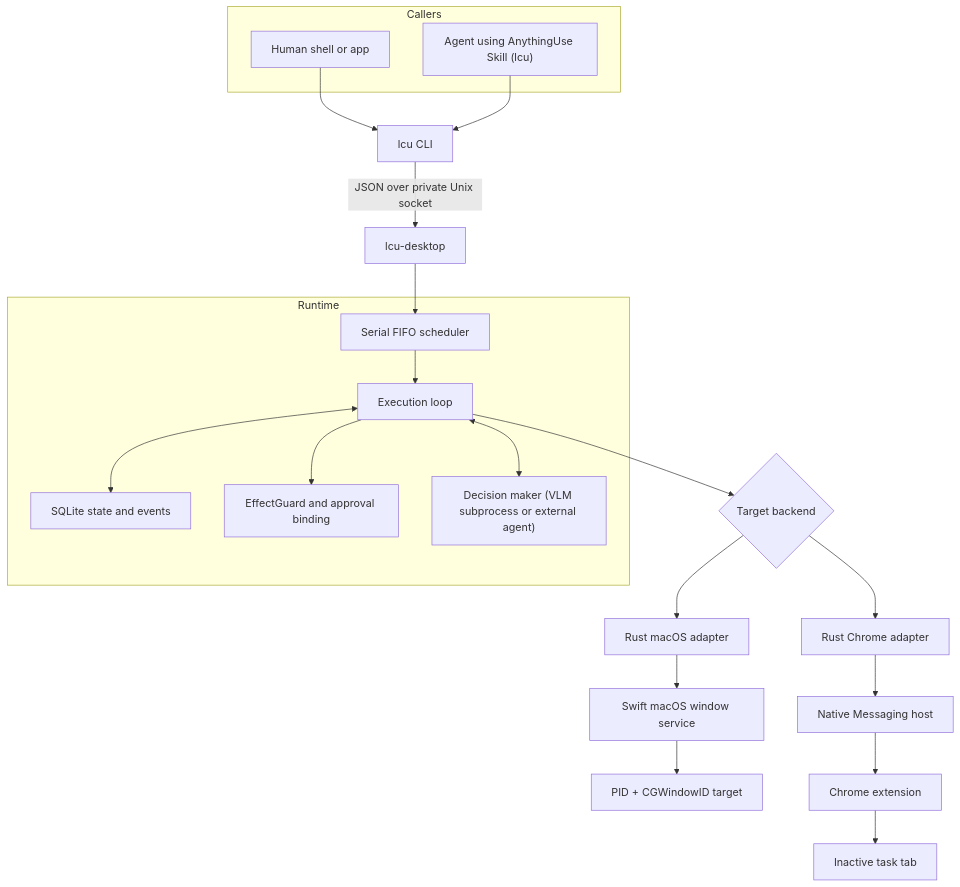
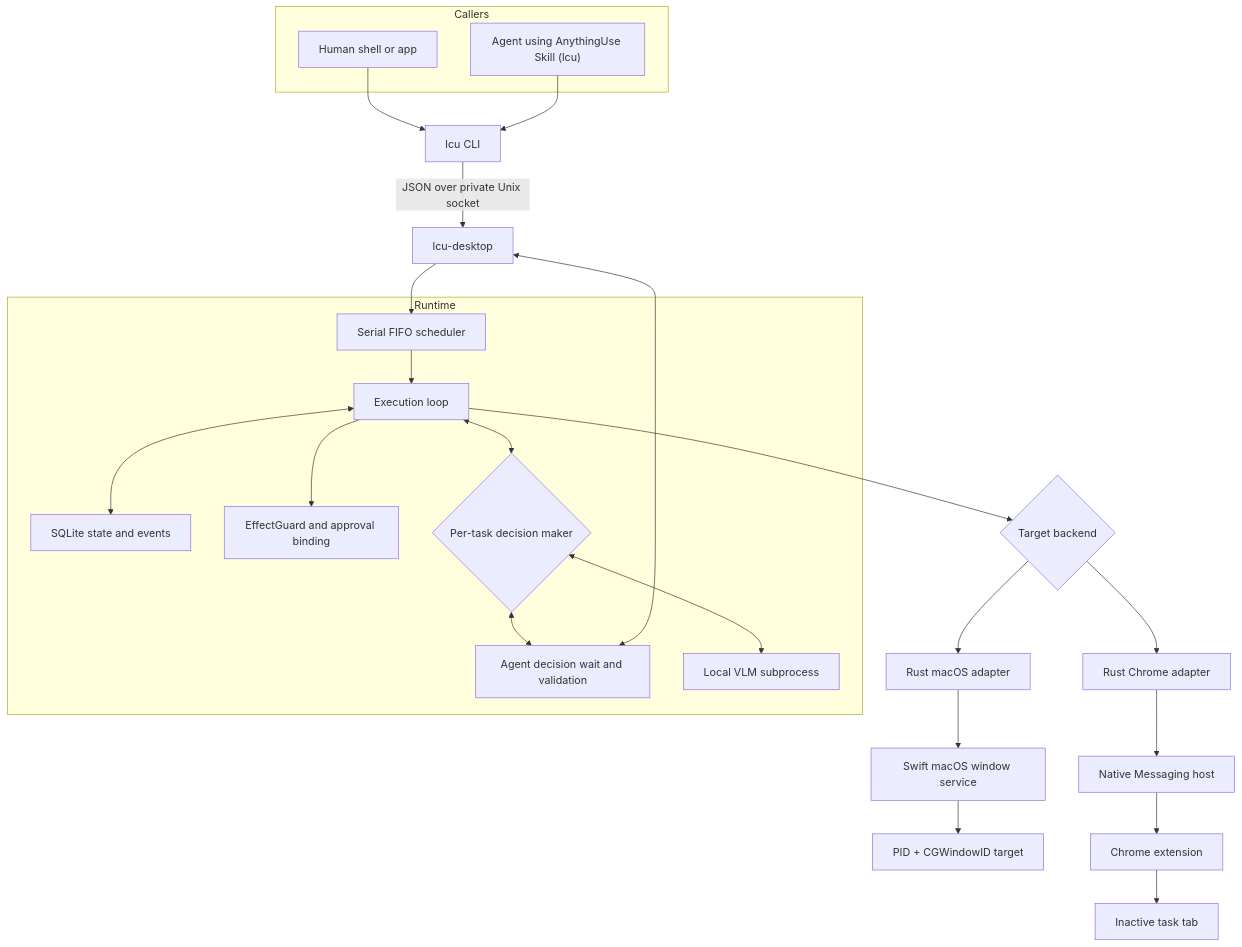
One commit to HelloiOS2014/AnythingUse changed the first of 2 diagrams in docs/architecture.md. Above: the diagram before and after it, drawn with Mermaid. The commit also changed other lines of this file and 29 other files, not shown here.

````diff
--- a/docs/architecture.md
+++ b/docs/architecture.md
@@ -20,37 +28,42 @@
 ```mermaid
 flowchart TB
     subgraph Callers
         HUMAN["Human shell or app"]
         AGENT["Agent using AnythingUse Skill (lcu)"]
     end
 
     HUMAN --> CLI
     AGENT --> CLI
 
     CLI["lcu CLI"] -->|JSON over private Unix socket| DESKTOP["lcu-desktop"]
     DESKTOP --> QUEUE["Serial FIFO scheduler"]
     QUEUE --> LOOP["Execution loop"]
 
     subgraph Runtime
         QUEUE
         LOOP
         STORE["SQLite state and events"]
         RISK["EffectGuard and approval binding"]
-        MODEL["Decision maker (VLM subprocess or external agent)"]
+        ACTOR{"Per-task decision maker"}
+        AGENT_ACTOR["Agent decision wait and validation"]
+        VLM_ACTOR["Local VLM subprocess"]
     end
 
     LOOP <--> STORE
     LOOP --> RISK
-    LOOP <--> MODEL
+    LOOP <--> ACTOR
+    ACTOR <--> AGENT_ACTOR
+    ACTOR <--> VLM_ACTOR
+    DESKTOP <--> AGENT_ACTOR
 
     LOOP --> BACKEND{"Target backend"}
     BACKEND --> MAC["Rust macOS adapter"]
     BACKEND --> CHROME["Rust Chrome adapter"]
 
     MAC --> SWIFT["Swift macOS window service"]
     SWIFT --> WINDOW["PID + CGWindowID target"]
 
     CHROME --> HOST["Native Messaging host"]
     HOST --> EXT["Chrome extension"]
     EXT --> TAB["Inactive task tab"]
 ```
````
